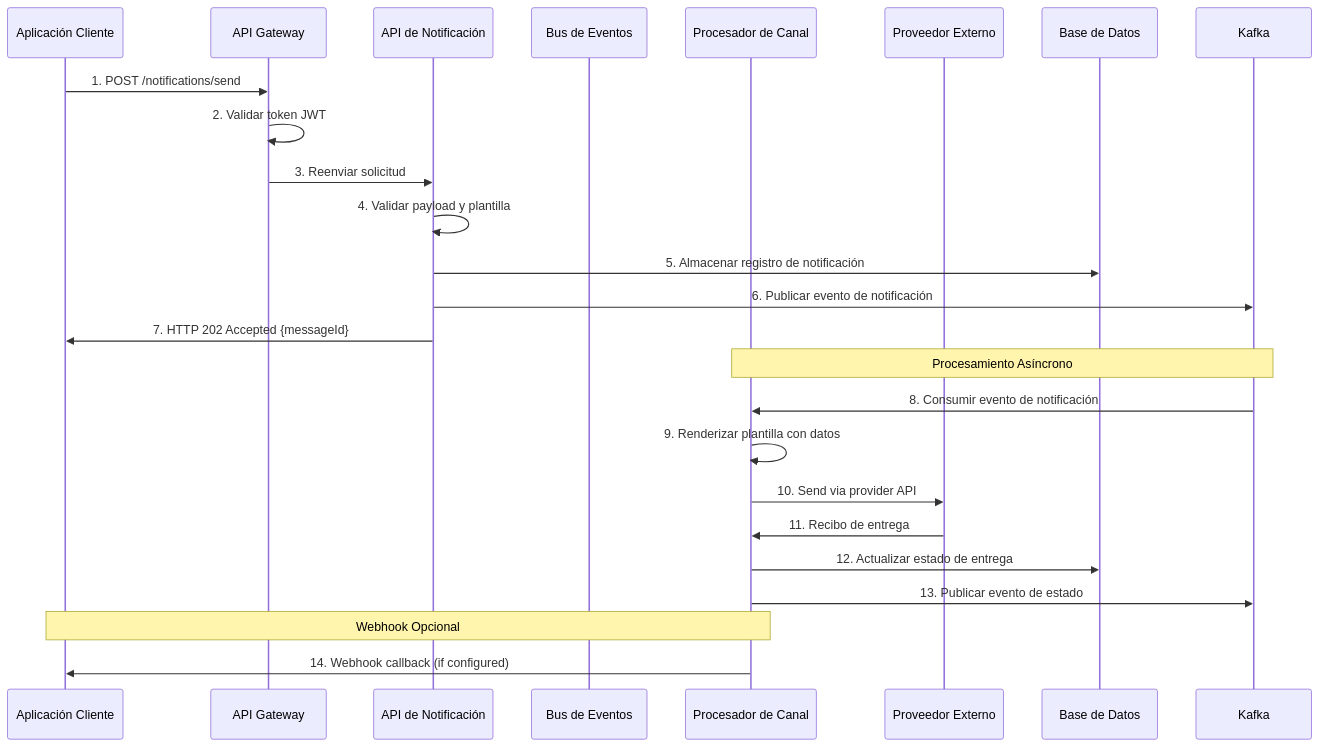
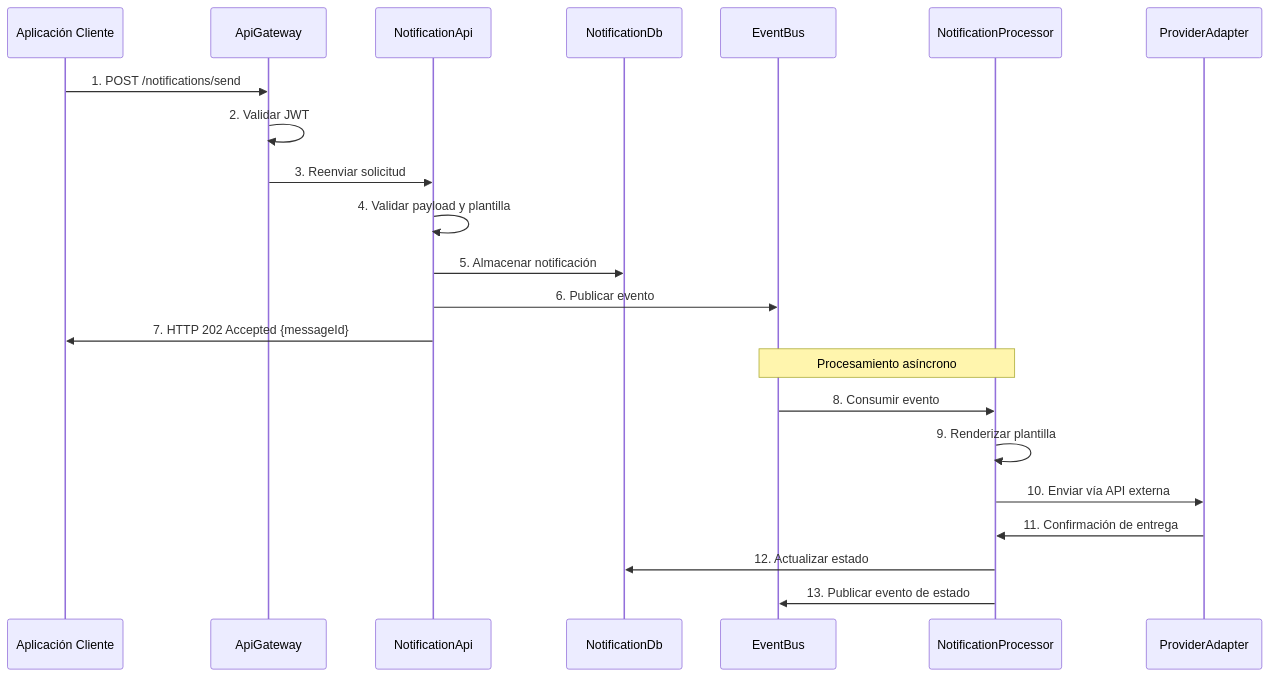
Before and after one commit to jclemente-tlm/tlm-arq-servicios-corporativos: the first of 4 diagrams in docs/servicio-notificacion/06-vista-tiempo-ejecucion.md, drawn with Mermaid. The commit also changed other lines of this file and 37 other files, not shown here.

````diff
--- a/docs/servicio-notificacion/06-vista-tiempo-ejecucion.md
+++ b/docs/servicio-notificacion/06-vista-tiempo-ejecucion.md
@@ -38,30 +39,27 @@
 ```mermaid
 sequenceDiagram
-    participant App as Aplicación Cliente
-    participant Gateway as API Gateway
-    participant API as API de Notificación
-    participant EventBus as Bus de Eventos
-    participant Processor as Procesador de Canal
-    participant Provider as Proveedor Externo
-    participant DB as Base de Datos
+    participant Cliente as Aplicación Cliente
+    participant ApiGateway as ApiGateway
+    participant NotificationApi as NotificationApi
+    participant NotificationDb as NotificationDb
+    participant EventBus as EventBus
+    participant NotificationProcessor as NotificationProcessor
+    participant ProviderAdapter as ProviderAdapter
 
-    App->>Gateway: 1. POST /notifications/send
-    Gateway->>Gateway: 2. Validar token JWT
-    Gateway->>API: 3. Reenviar solicitud
+    Cliente->>ApiGateway: 1. POST /notifications/send
+    ApiGateway->>ApiGateway: 2. Validar JWT
+    ApiGateway->>NotificationApi: 3. Reenviar solicitud
 
-    API->>API: 4. Validar payload y plantilla
-    API->>DB: 5. Almacenar registro de notificación
-    API->>Kafka: 6. Publicar evento de notificación
-    API->>App: 7. HTTP 202 Accepted {messageId}
+    NotificationApi->>NotificationApi: 4. Validar payload y plantilla
+    NotificationApi->>NotificationDb: 5. Almacenar notificación
+    NotificationApi->>EventBus: 6. Publicar evento
+    NotificationApi->>Cliente: 7. HTTP 202 Accepted {messageId}
 
-    Note over Kafka,Processor: Procesamiento Asíncrono
-    Kafka->>Processor: 8. Consumir evento de notificación
-    Processor->>Processor: 9. Renderizar plantilla con datos
-    Processor->>Provider: 10. Send via provider API
-    Provider->>Processor: 11. Recibo de entrega
-    Processor->>DB: 12. Actualizar estado de entrega
-    Processor->>Kafka: 13. Publicar evento de estado
-
-    Note over Processor,App: Webhook Opcional
-    Processor->>App: 14. Webhook callback (if configured)
+    Note over EventBus,NotificationProcessor: Procesamiento asíncrono
+    EventBus->>NotificationProcessor: 8. Consumir evento
+    NotificationProcessor->>NotificationProcessor: 9. Renderizar plantilla
+    NotificationProcessor->>ProviderAdapter: 10. Enviar vía API externa
+    ProviderAdapter->>NotificationProcessor: 11. Confirmación de entrega
+    NotificationProcessor->>NotificationDb: 12. Actualizar estado
+    NotificationProcessor->>EventBus: 13. Publicar evento de estado
 ```
````
